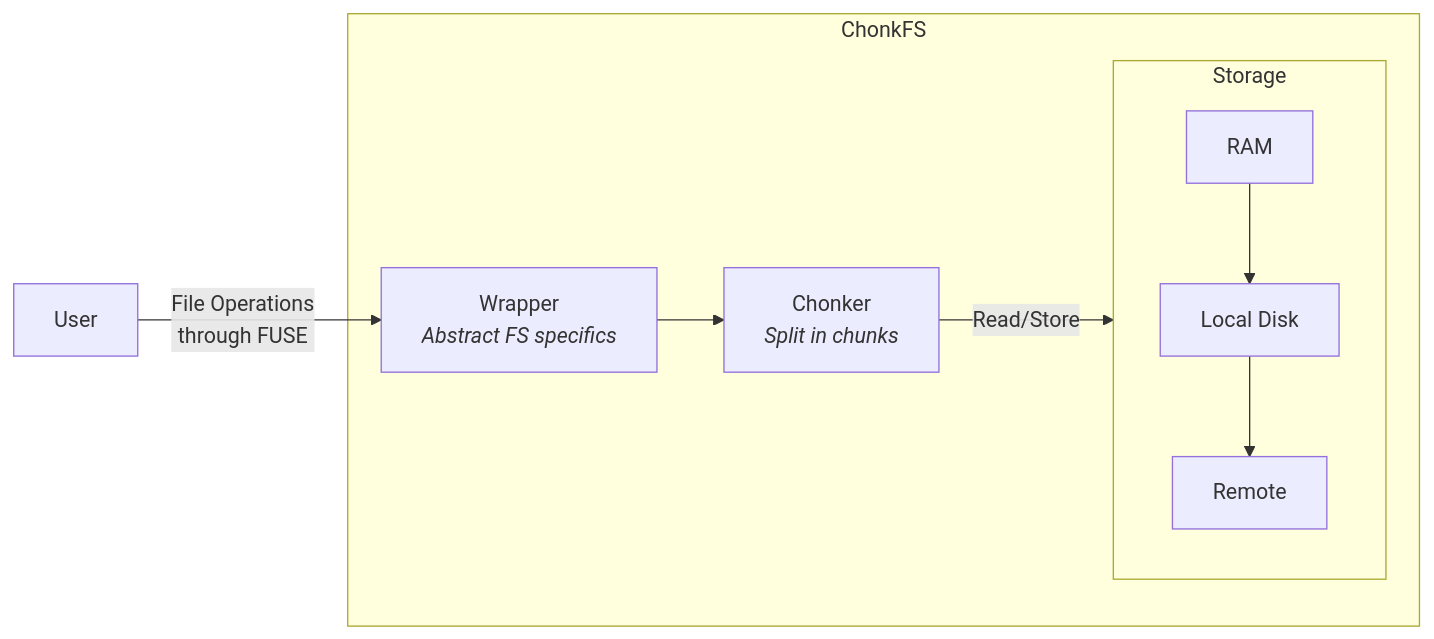
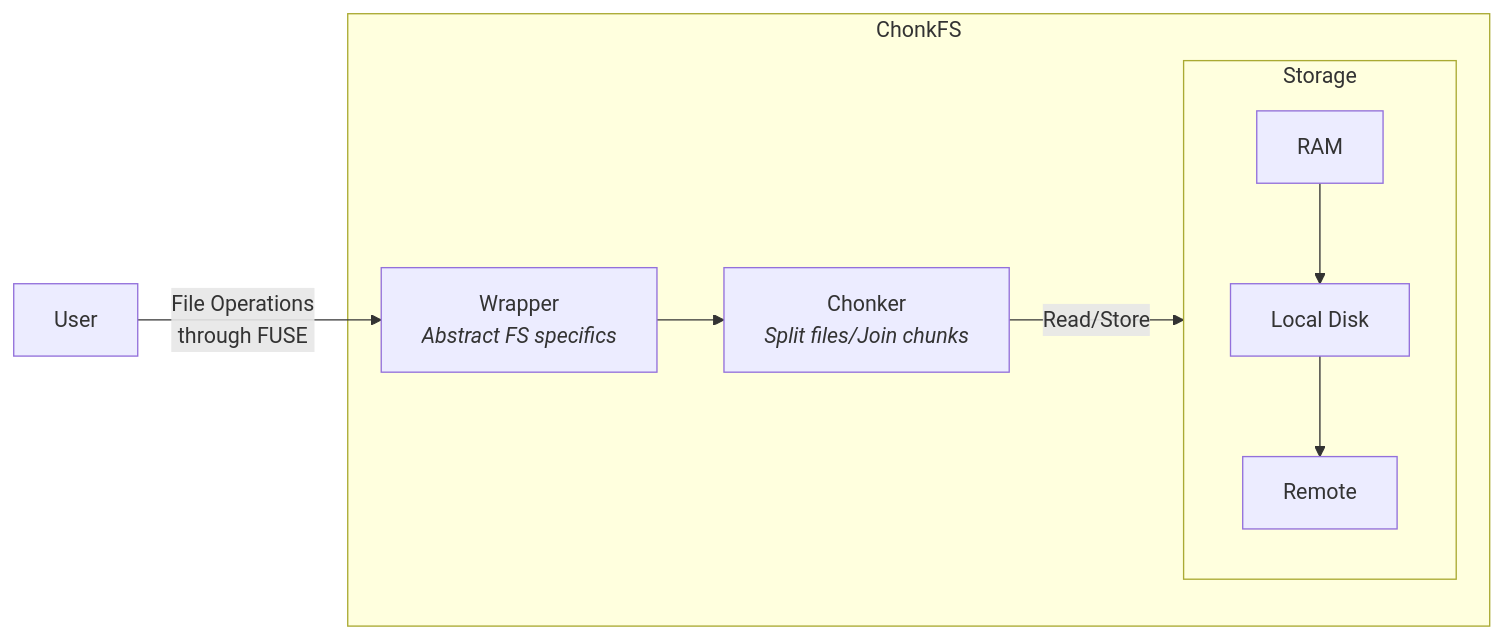
Before and after one commit to lerenn/chonkfs: the diagram in README.md, drawn with Mermaid.

````diff
--- a/README.md
+++ b/README.md
@@ -23,13 +23,13 @@
 ```mermaid
 flowchart LR
     User --File Operations<br/>through FUSE--> Wrapper
     subgraph "ChonkFS"
-        Wrapper[Wrapper<br><i>Abstract FS specifics</i>] --> Chonker[Chonker<br><i>Split in chunks</i>]
+        Wrapper[Wrapper<br><i>Abstract FS specifics</i>] --> Chonker[Chonker<br><i>Split files/Join chunks</i>]
         Chonker --Read/Store--> Storage
 
         subgraph "Storage"
             RAM --> LocalDisk[Local Disk] 
             LocalDisk --> Remote
         end
     end
 ```
````
